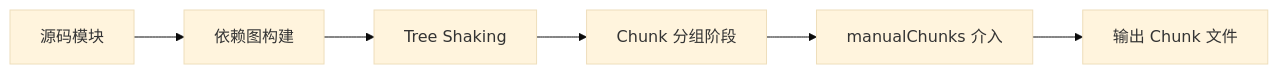
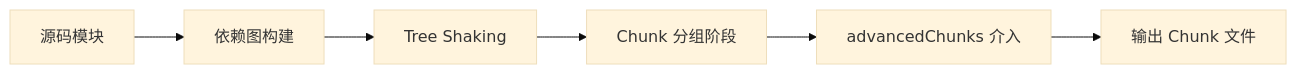
One commit to KMaybe01/common changed diagram 22 of 58 in S3-进阶提升/03-前端工程化.md. Above: the diagram before and after it, drawn with Mermaid (base theme). The commit also changed other lines of this file and 2 other files, not shown here.

````diff
--- a/S3-进阶提升/03-前端工程化.md
+++ b/S3-进阶提升/03-前端工程化.md
@@ -1138,8 +1140,8 @@
 ```mermaid
 flowchart LR
     A["源码模块"] --> B["依赖图构建"]
     B --> C["Tree Shaking"]
     C --> D["Chunk 分组阶段"]
-    D --> E["manualChunks 介入"]
+    D --> E["advancedChunks 介入"]
     E --> F["输出 Chunk 文件"]
 ```
````
